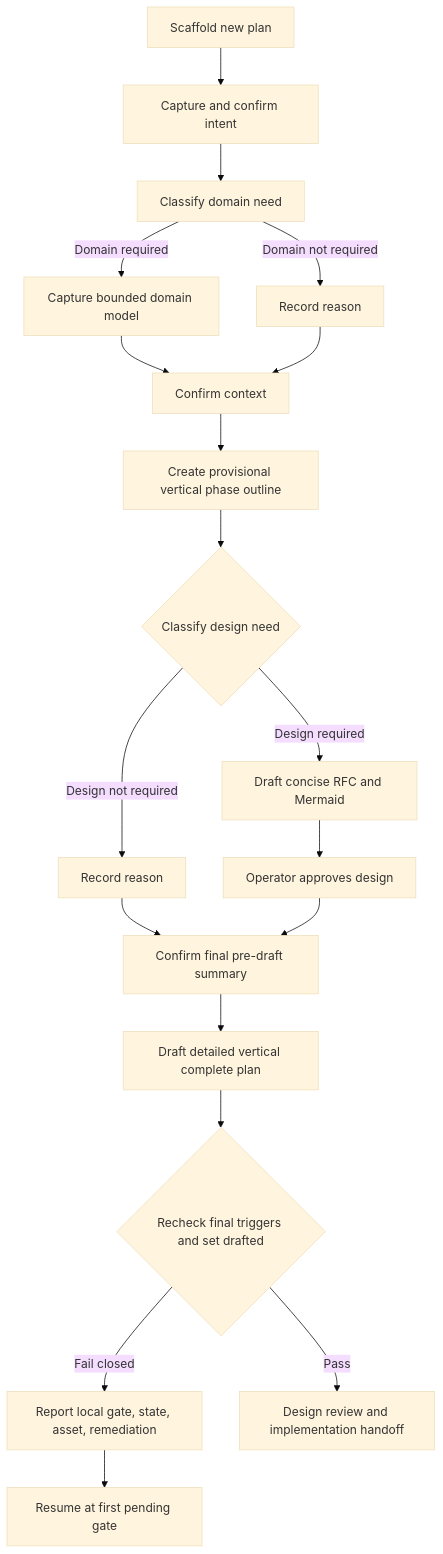
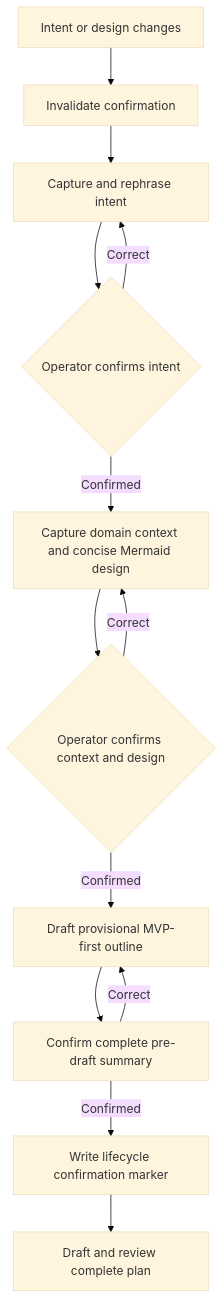
The diagram in docs/implementation-plans/2026-08-02-57cc2c-intent-capture-and-rfc/assets/design.md (jIRI-san/skalary), drawn with Mermaid (base theme) before and after one commit. The commit also changed other lines of this file and 77 other files, not shown here.

````diff
--- a/docs/implementation-plans/2026-08-02-57cc2c-intent-capture-and-rfc/assets/design.md
+++ b/docs/implementation-plans/2026-08-02-57cc2c-intent-capture-and-rfc/assets/design.md
@@ -24,21 +15,15 @@
 ```mermaid
 flowchart TD
-    A[Scaffold new plan] --> B[Capture and confirm intent]
-    B --> C[Classify domain need]
-    C -->|Domain required| D[Capture bounded domain model]
-    C -->|Domain not required| E[Record reason]
-    D --> F[Confirm context]
-    E --> F
-    F --> G[Create provisional vertical phase outline]
-    G --> H{Classify design need}
-    H -->|Design required| I[Draft concise RFC and Mermaid]
-    H -->|Design not required| J[Record reason]
-    I --> K[Operator approves design]
-    J --> L[Confirm final pre-draft summary]
-    K --> L
-    L --> M[Draft detailed vertical complete plan]
-    M --> N{Recheck final triggers and set drafted}
-    N -->|Fail closed| O[Report local gate, state, asset, remediation]
-    O --> P[Resume at first pending gate]
-    N -->|Pass| Q[Design review and implementation handoff]
+    A[Capture and rephrase intent] --> B{Operator confirms intent}
+    B -->|Correct| A
+    B -->|Confirmed| C[Capture domain context and concise Mermaid design]
+    C --> D{Operator confirms context and design}
+    D -->|Correct| C
+    D -->|Confirmed| E[Draft provisional MVP-first outline]
+    E --> F[Confirm complete pre-draft summary]
+    F -->|Correct| E
+    F -->|Confirmed| G[Write lifecycle confirmation marker]
+    G --> H[Draft and review complete plan]
+    I[Intent or design changes] --> J[Invalidate confirmation]
+    J --> A
 ```
````
